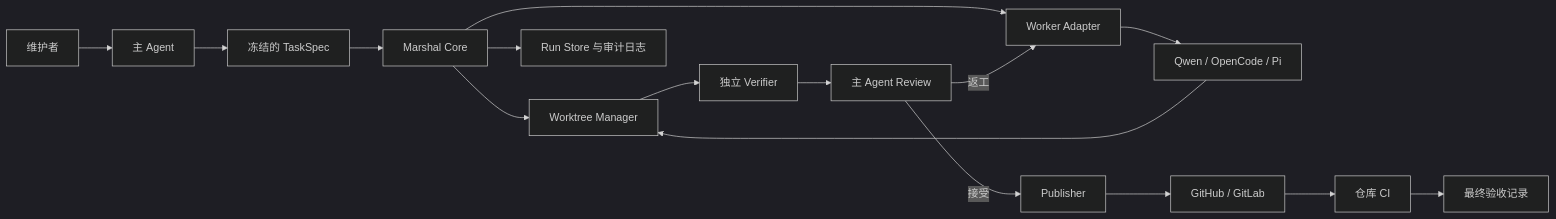
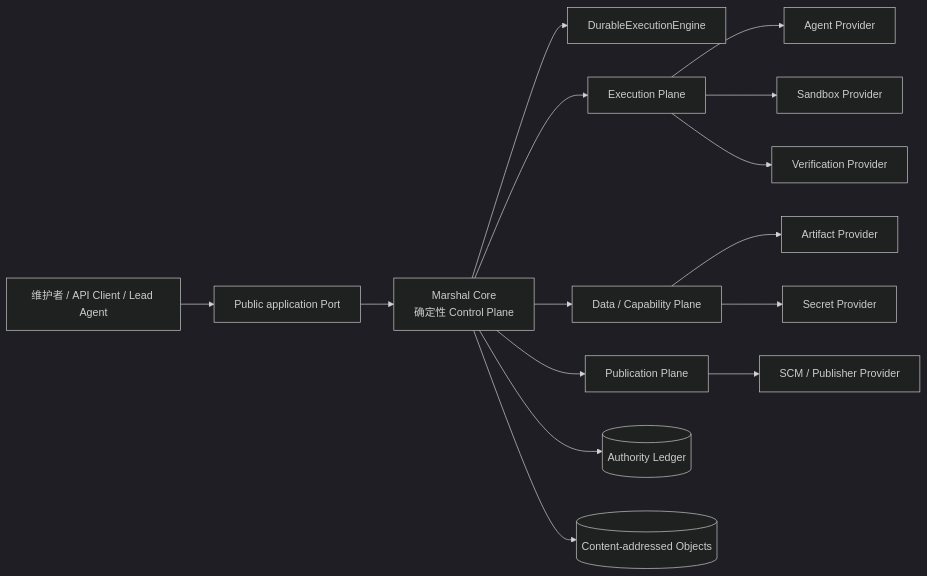
Before and after one commit to chiga0/marshal-harness: the first of 3 diagrams in docs/architecture.md, drawn with Mermaid (dark theme). The commit also changed other lines of this file and 12 other files, not shown here.

````diff
--- a/docs/architecture.md
+++ b/docs/architecture.md
@@ -7,18 +32,20 @@
 ```mermaid
 flowchart LR
-    User["维护者"] --> Lead["主 Agent"]
-    Lead --> Spec["冻结的 TaskSpec"]
-    Spec --> Core["Marshal Core"]
-    Core --> Git["Worktree Manager"]
-    Core --> Adapter["Worker Adapter"]
-    Adapter --> Worker["Qwen / OpenCode / Pi"]
-    Worker --> Git
-    Git --> Verify["独立 Verifier"]
-    Verify --> Review["主 Agent Review"]
-    Review -->|返工| Adapter
-    Review -->|接受| Publisher["Publisher"]
-    Publisher --> Forge["GitHub / GitLab"]
-    Forge --> CI["仓库 CI"]
-    CI --> Decision["最终验收记录"]
-    Core --> Store["Run Store 与审计日志"]
+    User["维护者 / API Client / Lead Agent"] --> API["Public application Port"]
+    API --> Core["Marshal Core\n确定性 Control Plane"]
+
+    Core --> Engine["DurableExecutionEngine"]
+    Core --> Exec["Execution Plane"]
+    Core --> Data["Data / Capability Plane"]
+    Core --> Pub["Publication Plane"]
+
+    Exec --> Agent["Agent Provider"]
+    Exec --> Sandbox["Sandbox Provider"]
+    Exec --> Verify["Verification Provider"]
+    Data --> Artifact["Artifact Provider"]
+    Data --> Secret["Secret Provider"]
+    Pub --> Forge["SCM / Publisher Provider"]
+
+    Core --> Ledger[("Authority Ledger")]
+    Core --> Objects[("Content-addressed Objects")]
 ```
````
